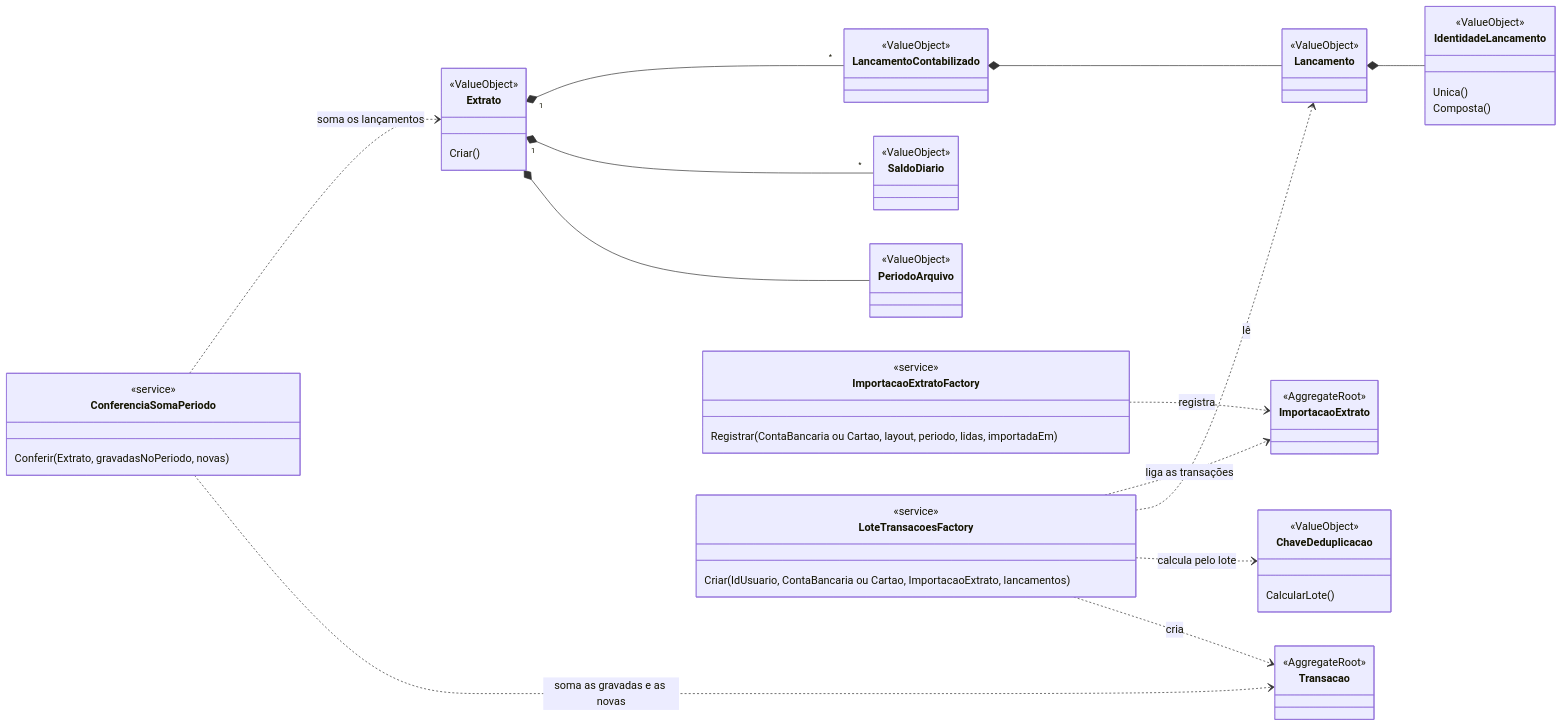
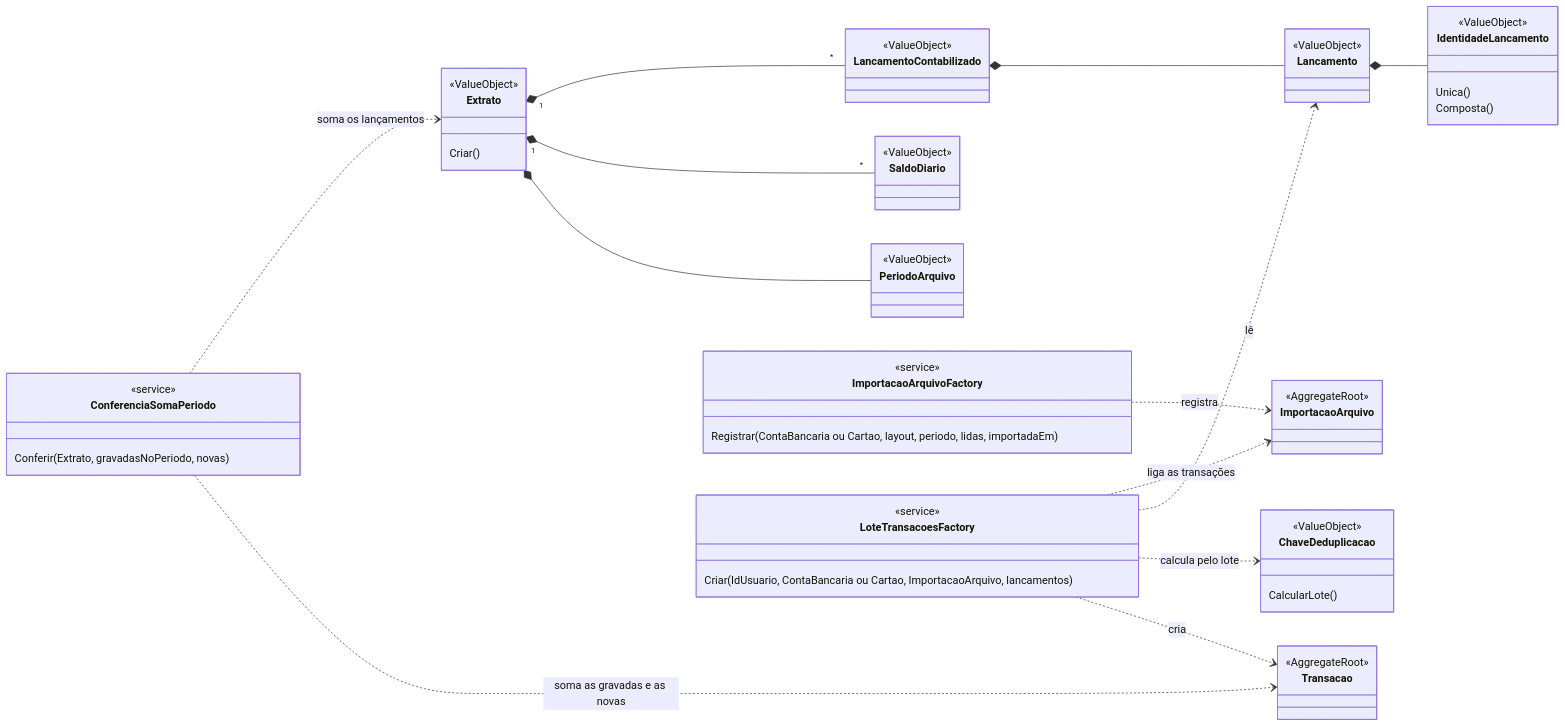
One commit to humbertosampaio/controle-financeiro changed the second of 2 diagrams in docs/modelo-de-dominio.md. Above: the diagram before and after it, drawn with Mermaid. The commit also changed other lines of this file and 19 other files, not shown here.

First line of the commit message:
refactor(importacao): Renomeia a importação do extrato para importação do arquivo

````diff
--- a/docs/modelo-de-dominio.md
+++ b/docs/modelo-de-dominio.md
@@ -154,61 +154,61 @@
 ```mermaid
 classDiagram
     direction LR
 
     class Extrato {
         <<ValueObject>>
         Criar()
     }
     class LancamentoContabilizado {
         <<ValueObject>>
     }
     class Lancamento {
         <<ValueObject>>
     }
     class IdentidadeLancamento {
         <<ValueObject>>
         Unica()
         Composta()
     }
     class SaldoDiario {
         <<ValueObject>>
     }
     class PeriodoArquivo {
         <<ValueObject>>
     }
     class ChaveDeduplicacao {
         <<ValueObject>>
         CalcularLote()
     }
     class ConferenciaSomaPeriodo {
         <<service>>
         Conferir(Extrato, gravadasNoPeriodo, novas)
     }
-    class ImportacaoExtratoFactory {
+    class ImportacaoArquivoFactory {
         <<service>>
         Registrar(ContaBancaria ou Cartao, layout, periodo, lidas, importadaEm)
     }
     class LoteTransacoesFactory {
         <<service>>
-        Criar(IdUsuario, ContaBancaria ou Cartao, ImportacaoExtrato, lancamentos)
+        Criar(IdUsuario, ContaBancaria ou Cartao, ImportacaoArquivo, lancamentos)
     }
-    class ImportacaoExtrato {
+    class ImportacaoArquivo {
         <<AggregateRoot>>
     }
     class Transacao {
         <<AggregateRoot>>
     }
 
     Extrato "1" *-- "*" LancamentoContabilizado
     Extrato "1" *-- "*" SaldoDiario
     Extrato *-- PeriodoArquivo
     LancamentoContabilizado *-- Lancamento
     Lancamento *-- IdentidadeLancamento
     ConferenciaSomaPeriodo ..> Extrato : soma os lançamentos
     ConferenciaSomaPeriodo ..> Transacao : soma as gravadas e as novas
-    ImportacaoExtratoFactory ..> ImportacaoExtrato : registra
-    LoteTransacoesFactory ..> ImportacaoExtrato : liga as transações
+    ImportacaoArquivoFactory ..> ImportacaoArquivo : registra
+    LoteTransacoesFactory ..> ImportacaoArquivo : liga as transações
     LoteTransacoesFactory ..> Lancamento : lê
     LoteTransacoesFactory ..> ChaveDeduplicacao : calcula pelo lote
     LoteTransacoesFactory ..> Transacao : cria
 ```
````
